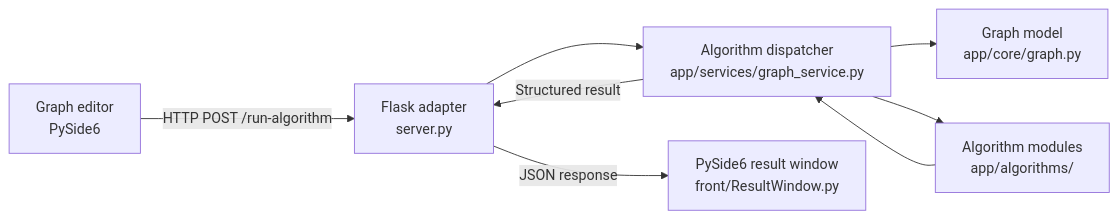
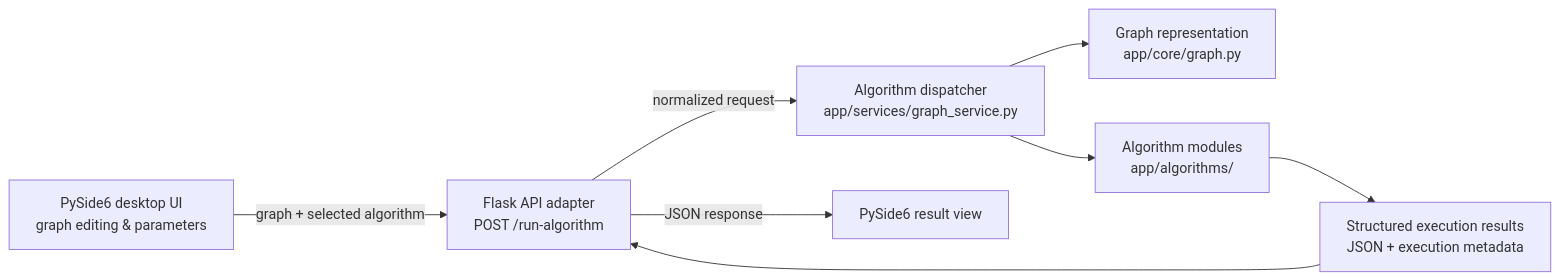
Before and after one commit to Edam-laa/graph_lab: the diagram in README.md, drawn with Mermaid. The commit also changed other lines of this file, not shown here.

Commit message:
Improve GraphAlgo Pro recruiter README with software architecture, proof links and honest setup guidance

````diff
--- a/README.md
+++ b/README.md
@@ -18,10 +13,18 @@
 ```mermaid
 flowchart LR
-  U["Graph editor<br/>PySide6"] -->|"HTTP POST /run-algorithm"| F["Flask adapter<br/>server.py"]
-  F --> S["Algorithm dispatcher<br/>app/services/graph_service.py"]
-  S --> G["Graph model<br/>app/core/graph.py"]
-  S --> A["Algorithm modules<br/>app/algorithms/"]
-  A --> S
-  S -->|"Structured result"| F
-  F -->|"JSON response"| R["PySide6 result window<br/>front/ResultWindow.py"]
+  U["PySide6 desktop UI<br/>graph editing & parameters"]
+  A["Flask API adapter<br/>POST /run-algorithm"]
+  S["Algorithm dispatcher<br/>app/services/graph_service.py"]
+  G["Graph representation<br/>app/core/graph.py"]
+  M["Algorithm modules<br/>app/algorithms/"]
+  R["Structured execution results<br/>JSON + execution metadata"]
+  V["PySide6 result view"]
+
+  U -->|"graph + selected algorithm"| A
+  A -->|"normalized request"| S
+  S --> G
+  S --> M
+  M --> R
+  R --> A
+  A -->|"JSON response"| V
 ```
````
